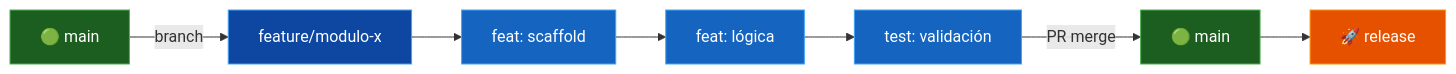
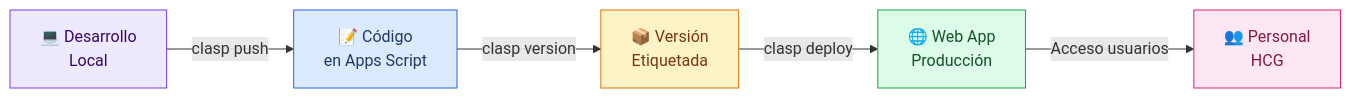
One commit to jlangarica/almacen-viveres changed the seventh of 9 diagrams in README.md. Above: the diagram before and after it, drawn with Mermaid. The commit also changed other lines of this file and 1 other file, not shown here.

````diff
--- a/README.md
+++ b/README.md
@@ -428,17 +852,13 @@
 ```mermaid
 flowchart LR
-    A["🟢 main"] -->|"branch"| B["feature/modulo-x"]
-    B --> C["feat: scaffold"]
-    C --> D["feat: lógica"]
-    D --> E["test: validación"]
-    E -->|"PR merge"| F["🟢 main"]
-    F --> G["🚀 release"]
+    A["💻 Desarrollo<br/>Local"] -->|"clasp push"| B["📝 Código<br/>en Apps Script"]
+    B -->|"clasp version"| C["📦 Versión<br/>Etiquetada"]
+    C -->|"clasp deploy"| D["🌐 Web App<br/>Producción"]
+    D -->|"Acceso usuarios"| E["👥 Personal<br/>HCG"]
 
-    style A fill:#1b5e20,stroke:#4caf50,color:#fff
-    style B fill:#0d47a1,stroke:#42a5f5,color:#fff
-    style C fill:#1565c0,stroke:#42a5f5,color:#fff
-    style D fill:#1565c0,stroke:#42a5f5,color:#fff
-    style E fill:#1565c0,stroke:#42a5f5,color:#fff
-    style F fill:#1b5e20,stroke:#4caf50,color:#fff
-    style G fill:#e65100,stroke:#ff9800,color:#fff
+    style A fill:#ede9fe,stroke:#7c3aed,color:#3b0764
+    style B fill:#dbeafe,stroke:#2563eb,color:#1e3a5f
+    style C fill:#fef3c7,stroke:#d97706,color:#78350f
+    style D fill:#dcfce7,stroke:#16a34a,color:#14532d
+    style E fill:#fce7f3,stroke:#db2777,color:#831843
 ```
````
